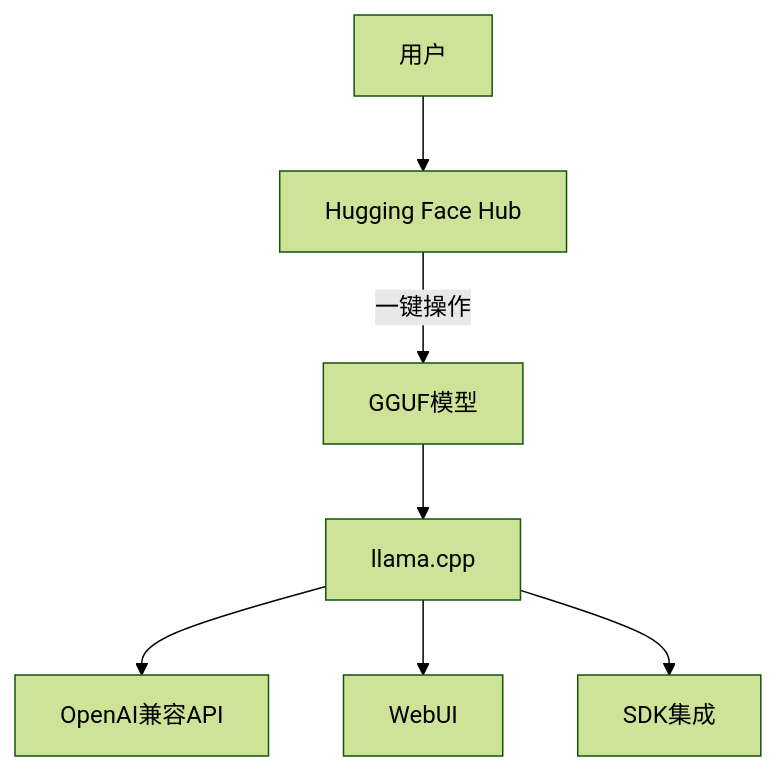
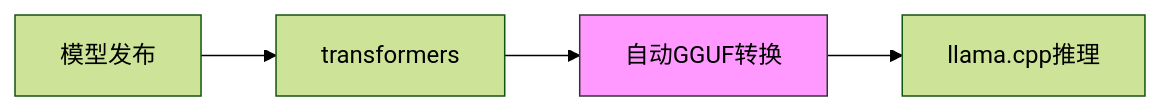
Before and after one commit to kimjangwook/www.jangwook.net: the first of 2 diagrams in src/content/blog/zh/ggml-llamacpp-huggingface.md, drawn with Mermaid (forest theme). The commit also changed other lines of this file and 1 other file, not shown here.

````diff
--- a/src/content/blog/zh/ggml-llamacpp-huggingface.md
+++ b/src/content/blog/zh/ggml-llamacpp-huggingface.md
@@ -136,9 +76,7 @@
 ```mermaid
-graph TD
-    USER[用户] --> HF[Hugging Face Hub]
-    HF --> |一键操作| GGUF[GGUF模型]
-    GGUF --> LC[llama.cpp]
-    LC --> API[OpenAI兼容API]
-    LC --> UI[WebUI]
-    LC --> SDK[SDK集成]
+graph LR
+    A[模型发布] --> B[transformers]
+    B --> C[自动GGUF转换]
+    C --> D[llama.cpp推理]
+    style C fill:#f9f,stroke:#333
 ```
````
